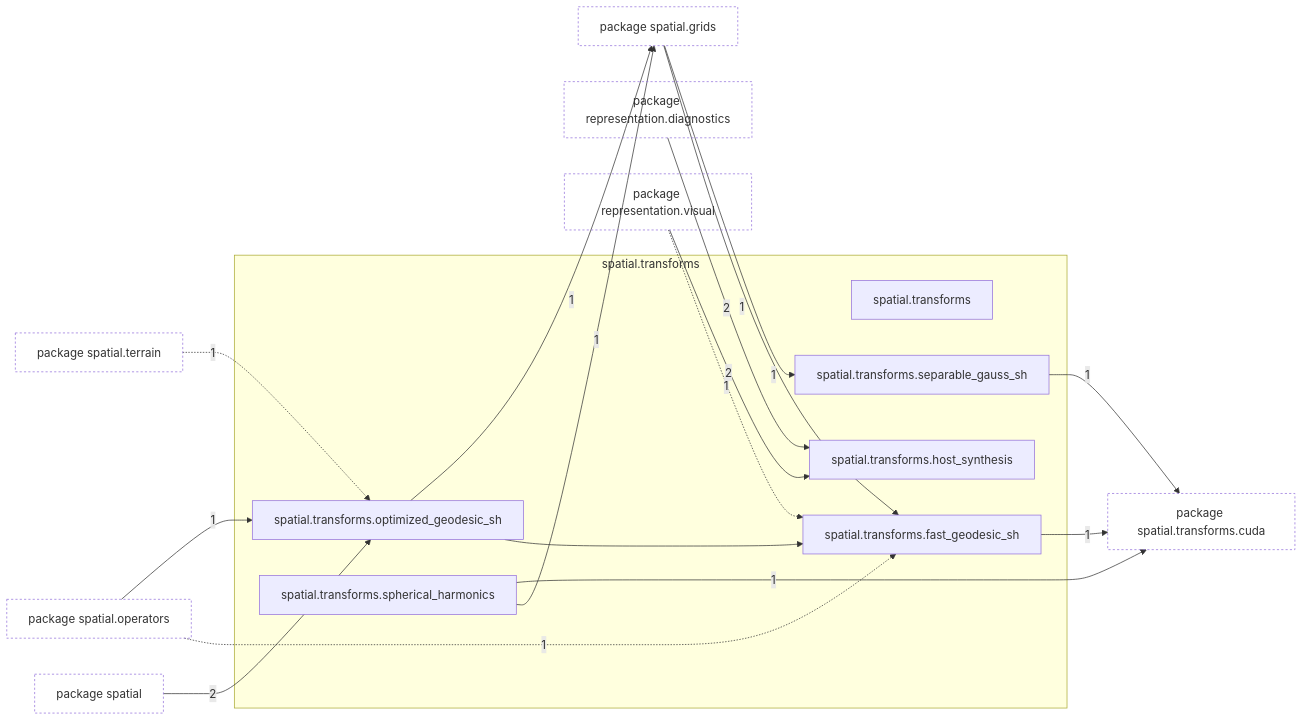
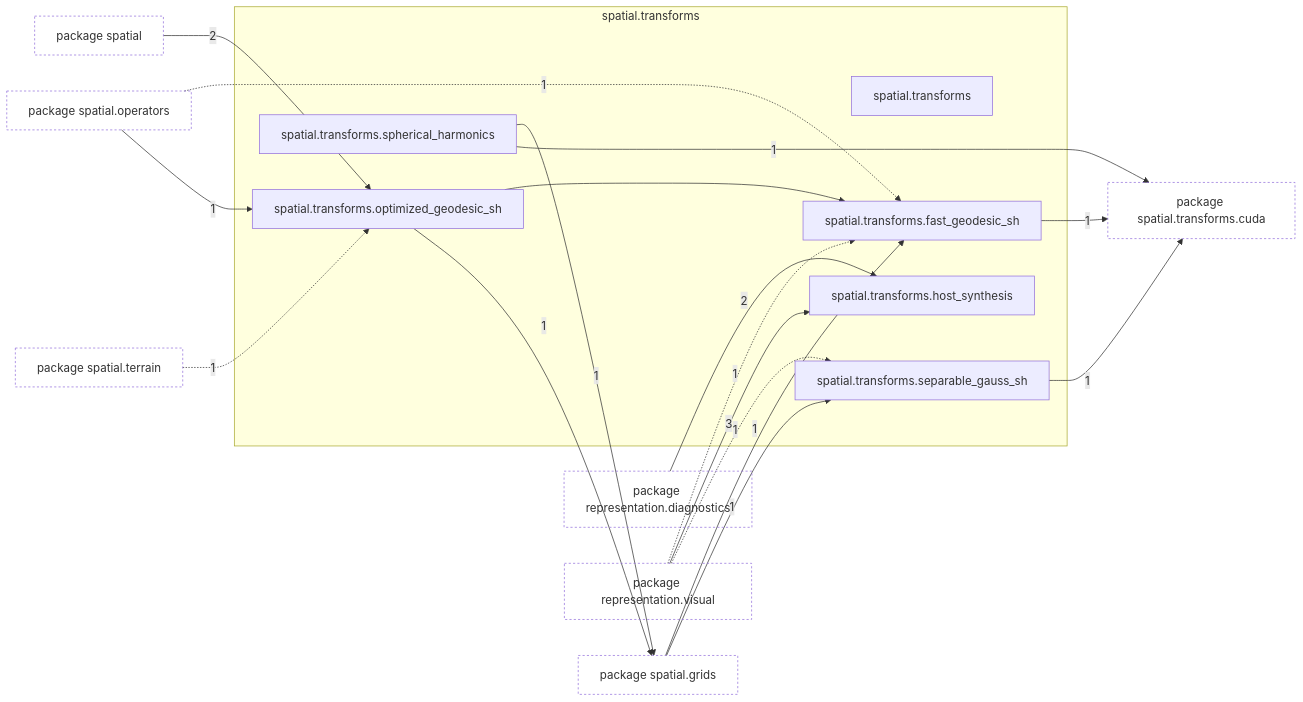
The first of 2 diagrams in docs/architecture/current/packages/tropoi.spatial.transforms.md (AlexandreEros/Palintropos), drawn with Mermaid before and after one commit. The commit also changed 24 other files, not shown here.

Commit message:
Document Viewer 2 design and refresh architecture snapshot

````diff
--- a/docs/architecture/current/packages/tropoi.spatial.transforms.md
+++ b/docs/architecture/current/packages/tropoi.spatial.transforms.md
@@ -24,43 +24,44 @@
 ```mermaid
 %% Generated by tools.architecture 2.3.0. Do not edit by hand.
 %% Modules of tropoi.spatial.transforms with imports in and out
 flowchart LR
     subgraph g_tropoi_ospatial_otransforms["spatial.transforms"]
         n_tropoi_ospatial_otransforms["spatial.transforms"]
         n_tropoi_ospatial_otransforms_ofast__geodesic__sh["spatial.transforms.fast#95;geodesic#95;sh"]
         n_tropoi_ospatial_otransforms_ohost__synthesis["spatial.transforms.host#95;synthesis"]
         n_tropoi_ospatial_otransforms_ooptimized__geodesic__sh["spatial.transforms.optimized#95;geodesic#95;sh"]
         n_tropoi_ospatial_otransforms_oseparable__gauss__sh["spatial.transforms.separable#95;gauss#95;sh"]
         n_tropoi_ospatial_otransforms_ospherical__harmonics["spatial.transforms.spherical#95;harmonics"]
     end
     p_tropoi_orepresentation_odiagnostics["package representation.diagnostics"]
     p_tropoi_orepresentation_ovisual["package representation.visual"]
     p_tropoi_ospatial["package spatial"]
     p_tropoi_ospatial_ogrids["package spatial.grids"]
     p_tropoi_ospatial_ooperators["package spatial.operators"]
     p_tropoi_ospatial_oterrain["package spatial.terrain"]
     p_tropoi_ospatial_otransforms_ocuda["package spatial.transforms.cuda"]
     n_tropoi_ospatial_otransforms_ooptimized__geodesic__sh --> n_tropoi_ospatial_otransforms_ofast__geodesic__sh
     p_tropoi_orepresentation_odiagnostics -->|2| n_tropoi_ospatial_otransforms_ohost__synthesis
     p_tropoi_orepresentation_ovisual -.->|1| n_tropoi_ospatial_otransforms_ofast__geodesic__sh
-    p_tropoi_orepresentation_ovisual -->|2| n_tropoi_ospatial_otransforms_ohost__synthesis
+    p_tropoi_orepresentation_ovisual -->|3| n_tropoi_ospatial_otransforms_ohost__synthesis
+    p_tropoi_orepresentation_ovisual -.->|1| n_tropoi_ospatial_otransforms_oseparable__gauss__sh
     p_tropoi_ospatial -->|2| n_tropoi_ospatial_otransforms_ooptimized__geodesic__sh
     p_tropoi_ospatial_ogrids -->|1| n_tropoi_ospatial_otransforms_ofast__geodesic__sh
     p_tropoi_ospatial_ogrids -->|1| n_tropoi_ospatial_otransforms_oseparable__gauss__sh
     p_tropoi_ospatial_ooperators -.->|1| n_tropoi_ospatial_otransforms_ofast__geodesic__sh
     p_tropoi_ospatial_ooperators -->|1| n_tropoi_ospatial_otransforms_ooptimized__geodesic__sh
     p_tropoi_ospatial_oterrain -.->|1| n_tropoi_ospatial_otransforms_ooptimized__geodesic__sh
     n_tropoi_ospatial_otransforms_ofast__geodesic__sh -->|1| p_tropoi_ospatial_otransforms_ocuda
     n_tropoi_ospatial_otransforms_ooptimized__geodesic__sh -->|1| p_tropoi_ospatial_ogrids
     n_tropoi_ospatial_otransforms_oseparable__gauss__sh -->|1| p_tropoi_ospatial_otransforms_ocuda
     n_tropoi_ospatial_otransforms_ospherical__harmonics -->|1| p_tropoi_ospatial_ogrids
     n_tropoi_ospatial_otransforms_ospherical__harmonics -->|1| p_tropoi_ospatial_otransforms_ocuda
     classDef other fill:none,stroke-dasharray:3 3
     class p_tropoi_orepresentation_odiagnostics other
     class p_tropoi_orepresentation_ovisual other
     class p_tropoi_ospatial other
     class p_tropoi_ospatial_ogrids other
     class p_tropoi_ospatial_ooperators other
     class p_tropoi_ospatial_oterrain other
     class p_tropoi_ospatial_otransforms_ocuda other
 ```
````
